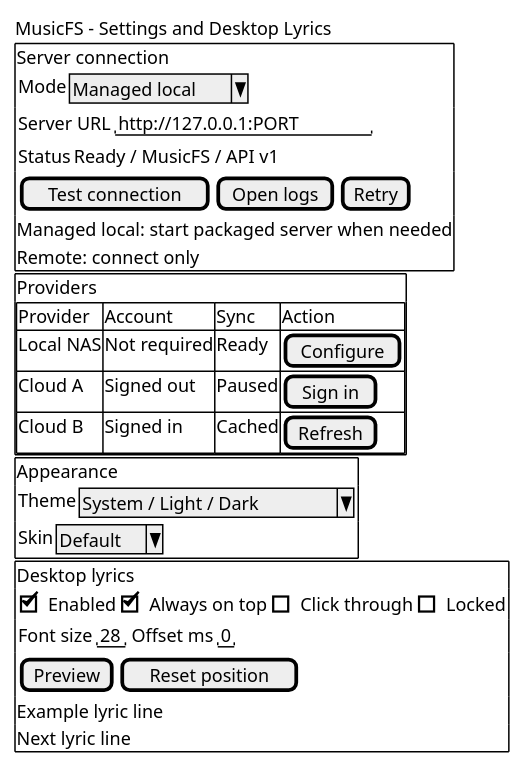
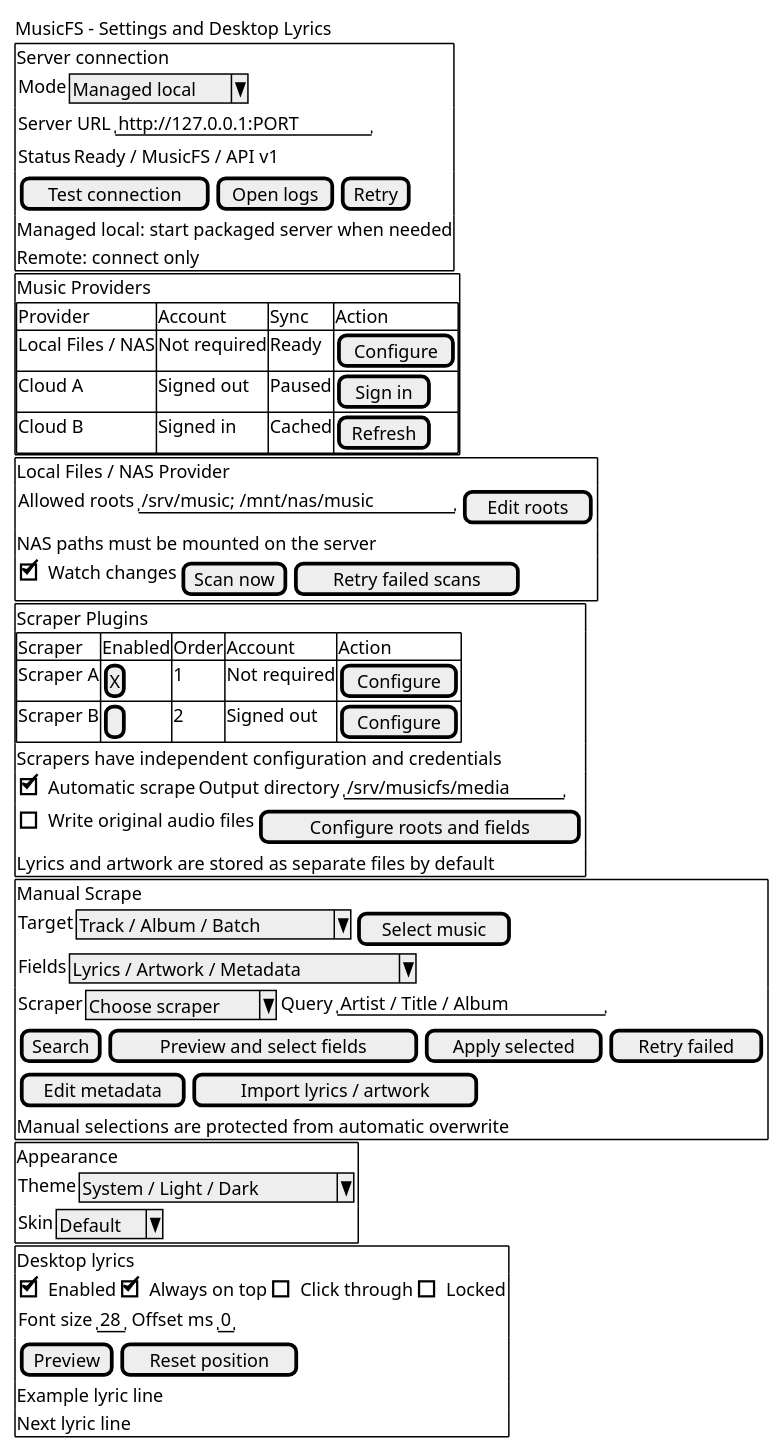
Before and after one commit to fnMrRice/MusicFS: the diagram in docs/prototypes/settings.salt.puml, drawn with PlantUML. The commit also changed 4 other files, not shown here.

Commit message:
docs: separate scraper plugins and define local music provider

```diff
--- a/docs/prototypes/settings.salt.puml
+++ b/docs/prototypes/settings.salt.puml
@@ -1,36 +1,63 @@
 @startsalt
 {
- MusicFS - Settings and Desktop Lyrics
- {+
-  Server connection
-  { Mode | ^Managed local^ }
-  { Server URL | "http://127.0.0.1:PORT" }
-  { Status | Ready / MusicFS / API v1 }
-  { [Test connection] | [Open logs] | [Retry] }
-  Managed local: start packaged server when needed
-  Remote: connect only
- }
- {+
-  Providers
-  {#
-   Provider | Account | Sync | Action
-   Local NAS | Not required | Ready | [Configure]
-   Cloud A | Signed out | Paused | [Sign in]
-   Cloud B | Signed in | Cached | [Refresh]
+  MusicFS - Settings and Desktop Lyrics
+  {+
+    Server connection
+    { Mode | ^Managed local^ }
+    { Server URL | "http://127.0.0.1:PORT" }
+    { Status | Ready / MusicFS / API v1 }
+    { [Test connection] | [Open logs] | [Retry] }
+    Managed local: start packaged server when needed
+    Remote: connect only
   }
- }
- {+
-  Appearance
-  { Theme | ^System / Light / Dark^ }
-  { Skin | ^Default^ }
- }
- {+
-  Desktop lyrics
-  { [X] Enabled | [X] Always on top | [ ] Click through | [ ] Locked }
-  { Font size | "28" | Offset ms | "0" }
-  { [Preview] | [Reset position] }
-  Example lyric line
-  Next lyric line
- }
+  {+
+    Music Providers
+    {#
+      Provider | Account | Sync | Action
+      Local Files / NAS | Not required | Ready | [Configure]
+      Cloud A | Signed out | Paused | [Sign in]
+      Cloud B | Signed in | Cached | [Refresh]
+    }
+  }
+  {+
+    Local Files / NAS Provider
+    { Allowed roots | "/srv/music; /mnt/nas/music" | [Edit roots] }
+    NAS paths must be mounted on the server
+    { [X] Watch changes | [Scan now] | [Retry failed scans] }
+  }
+  {+
+    Scraper Plugins
+    {#
+      Scraper | Enabled | Order | Account | Action
+      Scraper A | [X] | 1 | Not required | [Configure]
+      Scraper B | [ ] | 2 | Signed out | [Configure]
+    }
+    Scrapers have independent configuration and credentials
+    { [X] Automatic scrape | Output directory | "/srv/musicfs/media" }
+    { [ ] Write original audio files | [Configure roots and fields] }
+    Lyrics and artwork are stored as separate files by default
+  }
+  {+
+    Manual Scrape
+    { Target | ^Track / Album / Batch^ | [Select music] }
+    { Fields | ^Lyrics / Artwork / Metadata^ }
+    { Scraper | ^Choose scraper^ | Query | "Artist / Title / Album" }
+    { [Search] | [Preview and select fields] | [Apply selected] | [Retry failed] }
+    { [Edit metadata] | [Import lyrics / artwork] }
+    Manual selections are protected from automatic overwrite
+  }
+  {+
+    Appearance
+    { Theme | ^System / Light / Dark^ }
+    { Skin | ^Default^ }
+  }
+  {+
+    Desktop lyrics
+    { [X] Enabled | [X] Always on top | [ ] Click through | [ ] Locked }
+    { Font size | "28" | Offset ms | "0" }
+    { [Preview] | [Reset position] }
+    Example lyric line
+    Next lyric line
+  }
 }
 @endsalt
```
